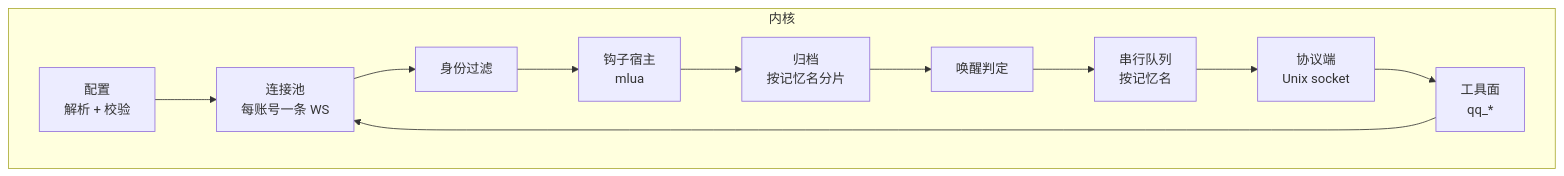
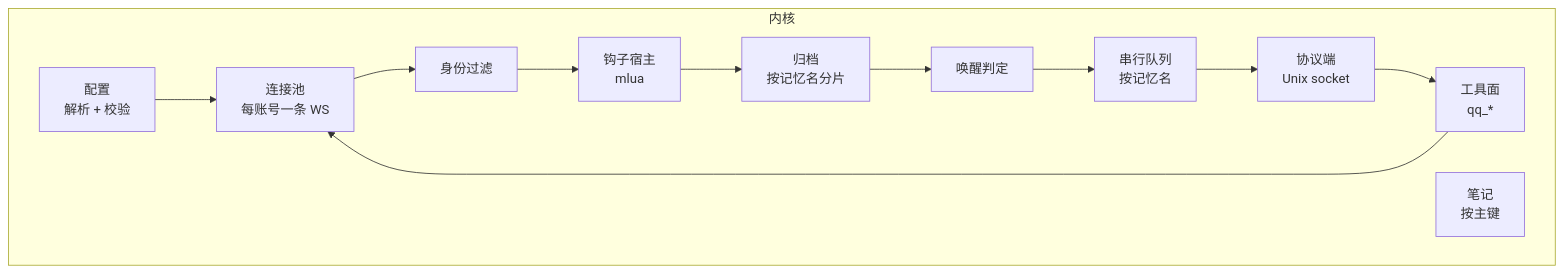
Before and after one commit to DataEraserC/qq-bridge: the first of 2 diagrams in docs/architecture/03-kernel.md, drawn with Mermaid. The commit also changed other lines of this file and 10 other files, not shown here.

````diff
--- a/docs/architecture/03-kernel.md
+++ b/docs/architecture/03-kernel.md
@@ -15,23 +15,24 @@
 ```mermaid
 flowchart TB
     subgraph kernel[内核]
         CFG["配置<br/>解析 + 校验"]
         CONN["连接池<br/>每账号一条 WS"]
         FILT["身份过滤"]
         HOOK["钩子宿主<br/>mlua"]
         ARCH["归档<br/>按记忆名分片"]
+        NOTE["笔记<br/>按主键"]
         WAKE["唤醒判定"]
         QUEUE["串行队列<br/>按记忆名"]
         PROTO["协议端<br/>Unix socket"]
         TOOL["工具面<br/>qq_*"]
     end
     CFG --> CONN
     CONN --> FILT
     FILT --> HOOK
     HOOK --> ARCH
     ARCH --> WAKE
     WAKE --> QUEUE
     QUEUE --> PROTO
     PROTO --> TOOL
     TOOL --> CONN
 ```
````
